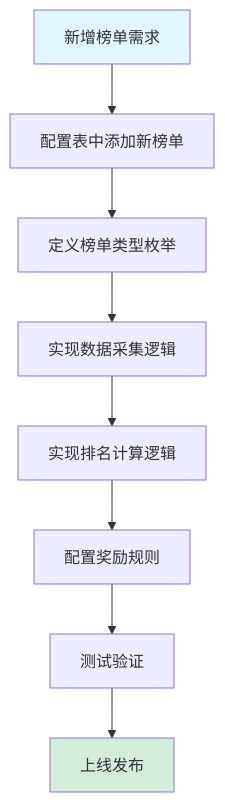
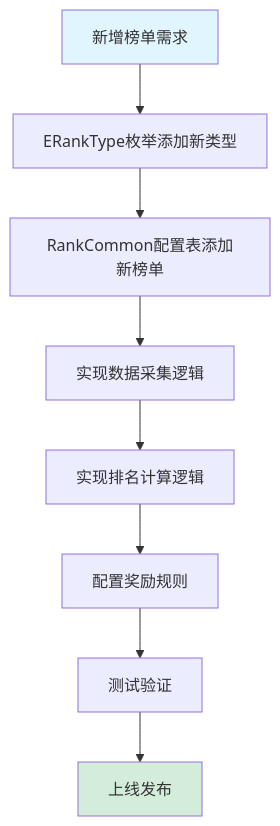
The ninth of 9 diagrams in docs/Module_Rank/05_完整说明.md (Alan-Ben/k2c_game_framework), drawn with Mermaid before and after one commit. The commit also changed other lines of this file and 10 other files, not shown here.

Commit message:
docs: 完善 Consort/Mail/Rank 模块文档 - mermaid图、代码示例、完整字段列表

````diff
--- a/docs/Module_Rank/05_完整说明.md
+++ b/docs/Module_Rank/05_完整说明.md
@@ -583,13 +583,13 @@
 ```mermaid
 flowchart TD
-    A[新增榜单需求] --> B[配置表中添加新榜单]
-    B --> C[定义榜单类型枚举]
+    A[新增榜单需求] --> B[ERankType枚举添加新类型]
+    B --> C[RankCommon配置表添加新榜单]
     C --> D[实现数据采集逻辑]
     D --> E[实现排名计算逻辑]
     E --> F[配置奖励规则]
     F --> G[测试验证]
     G --> H[上线发布]
 
     style A fill:#e1f5ff
     style H fill:#d4edda
 ```
````
